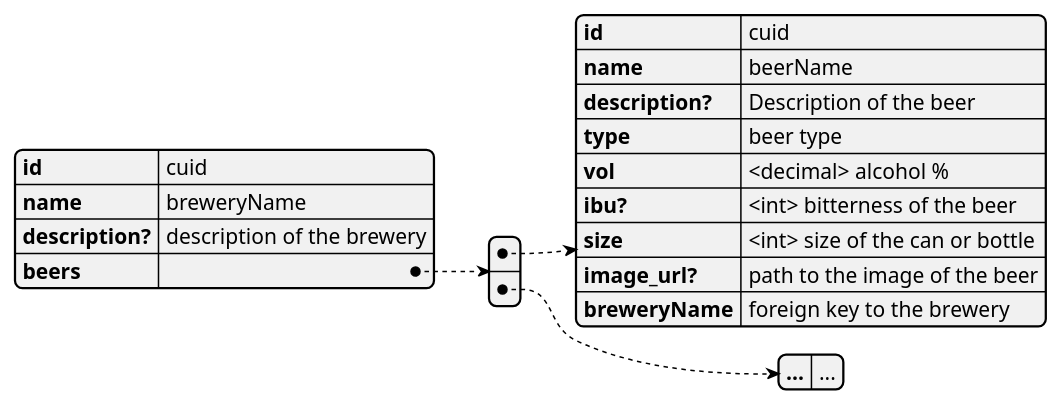
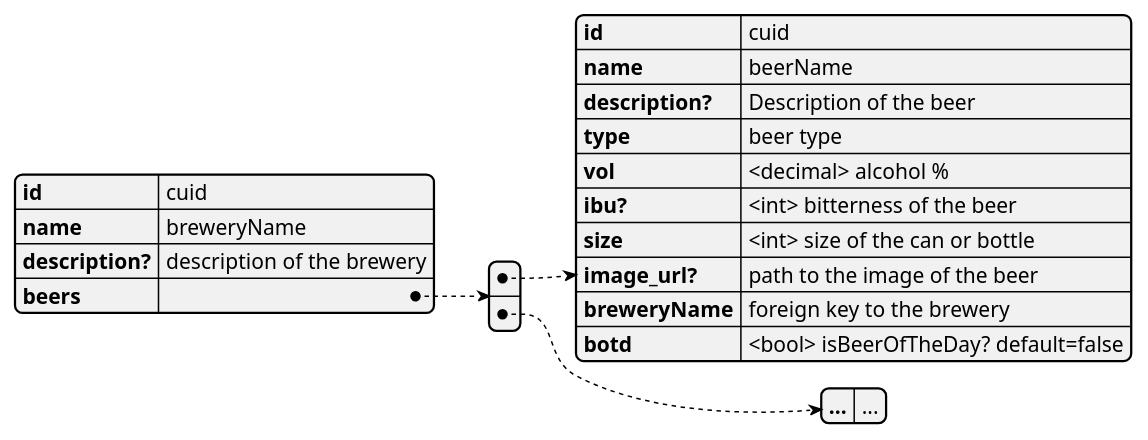
One commit to GutterneTheBois/smagen-af-oel changed the first of 2 diagrams in Documentation/Diagrams/json_data.puml. Above: the diagram before and after it, drawn with PlantUML. The commit also changed 3 other files, not shown here.

```diff
--- a/Documentation/Diagrams/json_data.puml
+++ b/Documentation/Diagrams/json_data.puml
@@ -1,21 +1,22 @@
 @startjson brewery
 {
     "id": "cuid",
     "name": "breweryName",
     "description?": "description of the brewery",
     "beers": [
         {
             "id": "cuid",
             "name": "beerName",
             "description?": "Description of the beer",
             "type": "beer type",
             "vol": "<decimal> alcohol %",
             "ibu?": "<int> bitterness of the beer",
             "size": "<int> size of the can or bottle",
             "image_url?": "path to the image of the beer",
-            "breweryName": "foreign key to the brewery"
+            "breweryName": "foreign key to the brewery",
+            "botd": "<bool> isBeerOfTheDay? default=false"
         },
         {"...": "..."}
     ]
 }
 @enduml
```
